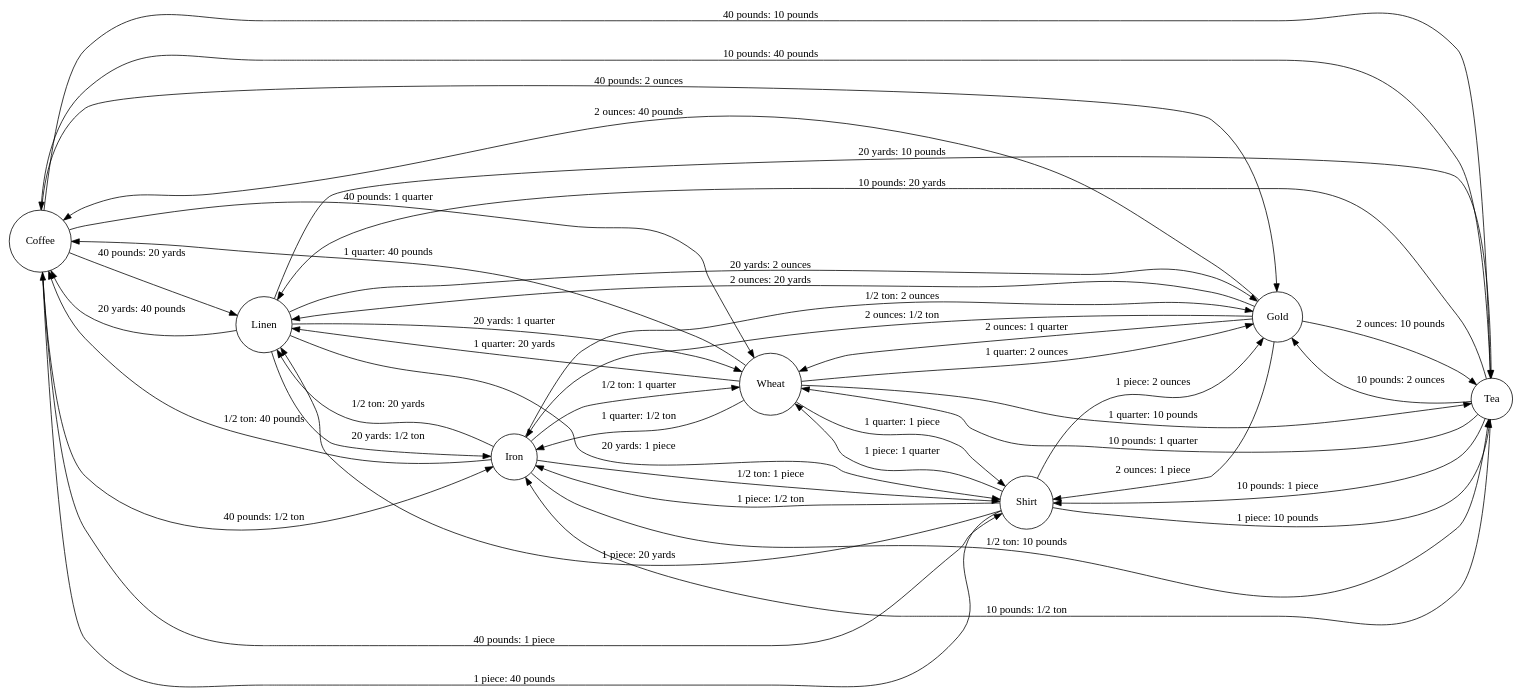
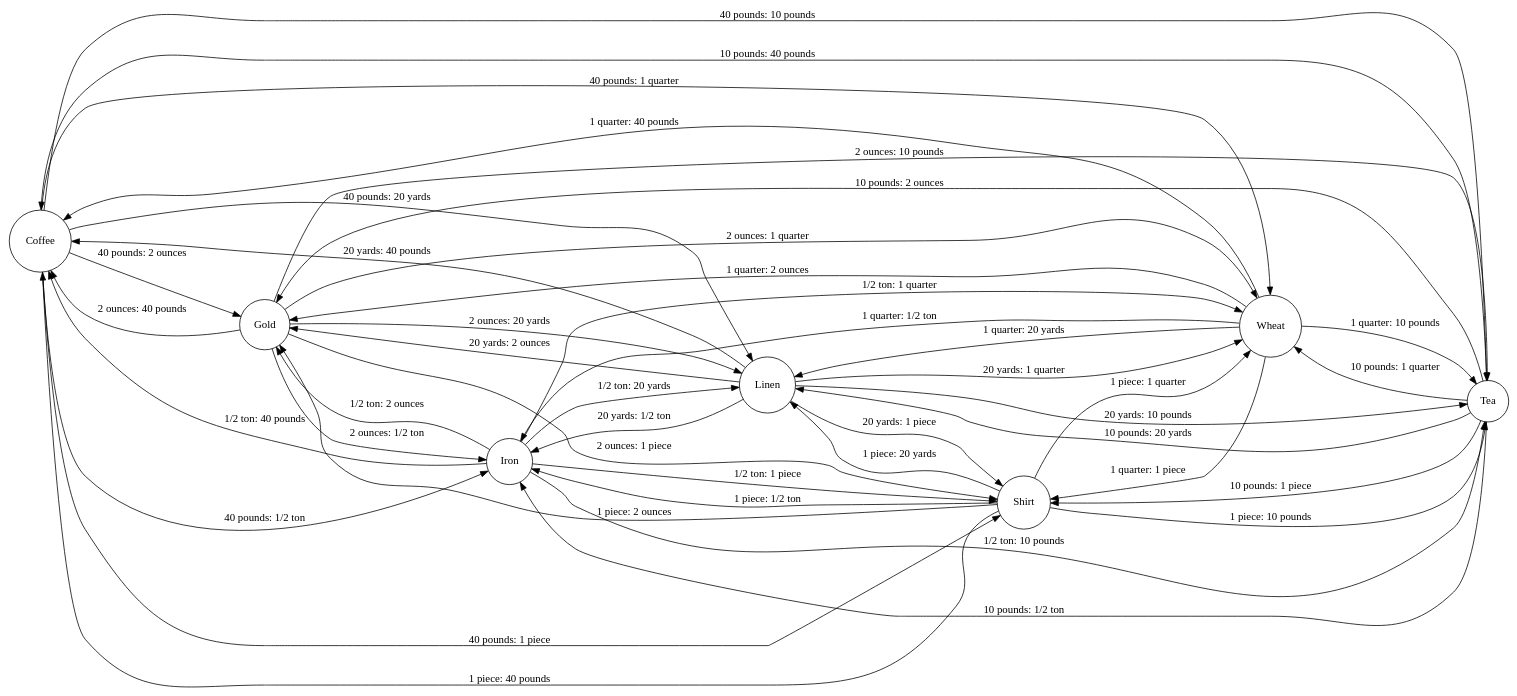
One commit to Wangsutan/Kapital changed the diagram in 资本的生产过程/价值形式理论/价值形式/datas_graphs_generated/total.toml_complete.dot. Above: the diagram before and after it, drawn with Graphviz. The commit also changed other lines of this file and 360 other files, not shown here.

```diff
--- a/资本的生产过程/价值形式理论/价值形式/datas_graphs_generated/total.toml_complete.dot
+++ b/资本的生产过程/价值形式理论/价值形式/datas_graphs_generated/total.toml_complete.dot
@@ -1,46 +1,46 @@
 digraph 价值形式理论 {
     rankdir=LR;
     node [shape=circle];
+    "Coffee" -> "Gold" [label="40 pounds: 2 ounces"];
+    "Coffee" -> "Tea" [label="40 pounds: 10 pounds"];
+    "Coffee" -> "Wheat" [label="40 pounds: 1 quarter"];
+    "Coffee" -> "Shirt" [label="40 pounds: 1 piece"];
     "Coffee" -> "Linen" [label="40 pounds: 20 yards"];
-    "Coffee" -> "Tea" [label="40 pounds: 10 pounds"];
-    "Coffee" -> "Gold" [label="40 pounds: 2 ounces"];
-    "Coffee" -> "Shirt" [label="40 pounds: 1 piece"];
-    "Coffee" -> "Wheat" [label="40 pounds: 1 quarter"];
     "Coffee" -> "Iron" [label="40 pounds: 1/2 ton"];
+    "Gold" -> "Coffee" [label="2 ounces: 40 pounds"];
+    "Gold" -> "Tea" [label="2 ounces: 10 pounds"];
+    "Gold" -> "Wheat" [label="2 ounces: 1 quarter"];
+    "Gold" -> "Shirt" [label="2 ounces: 1 piece"];
     "Gold" -> "Linen" [label="2 ounces: 20 yards"];
-    "Gold" -> "Tea" [label="2 ounces: 10 pounds"];
-    "Gold" -> "Shirt" [label="2 ounces: 1 piece"];
-    "Gold" -> "Wheat" [label="2 ounces: 1 quarter"];
     "Gold" -> "Iron" [label="2 ounces: 1/2 ton"];
-    "Gold" -> "Coffee" [label="2 ounces: 40 pounds"];
+    "Iron" -> "Coffee" [label="1/2 ton: 40 pounds"];
+    "Iron" -> "Gold" [label="1/2 ton: 2 ounces"];
+    "Iron" -> "Tea" [label="1/2 ton: 10 pounds"];
+    "Iron" -> "Wheat" [label="1/2 ton: 1 quarter"];
+    "Iron" -> "Shirt" [label="1/2 ton: 1 piece"];
     "Iron" -> "Linen" [label="1/2 ton: 20 yards"];
-    "Iron" -> "Tea" [label="1/2 ton: 10 pounds"];
-    "Iron" -> "Gold" [label="1/2 ton: 2 ounces"];
-    "Iron" -> "Shirt" [label="1/2 ton: 1 piece"];
-    "Iron" -> "Wheat" [label="1/2 ton: 1 quarter"];
-    "Iron" -> "Coffee" [label="1/2 ton: 40 pounds"];
+    "Linen" -> "Coffee" [label="20 yards: 40 pounds"];
+    "Linen" -> "Gold" [label="20 yards: 2 ounces"];
     "Linen" -> "Tea" [label="20 yards: 10 pounds"];
-    "Linen" -> "Gold" [label="20 yards: 2 ounces"];
+    "Linen" -> "Wheat" [label="20 yards: 1 quarter"];
     "Linen" -> "Shirt" [label="20 yards: 1 piece"];
-    "Linen" -> "Wheat" [label="20 yards: 1 quarter"];
     "Linen" -> "Iron" [label="20 yards: 1/2 ton"];
-    "Linen" -> "Coffee" [label="20 yards: 40 pounds"];
+    "Shirt" -> "Coffee" [label="1 piece: 40 pounds"];
+    "Shirt" -> "Gold" [label="1 piece: 2 ounces"];
+    "Shirt" -> "Tea" [label="1 piece: 10 pounds"];
+    "Shirt" -> "Wheat" [label="1 piece: 1 quarter"];
     "Shirt" -> "Linen" [label="1 piece: 20 yards"];
-    "Shirt" -> "Tea" [label="1 piece: 10 pounds"];
-    "Shirt" -> "Gold" [label="1 piece: 2 ounces"];
-    "Shirt" -> "Wheat" [label="1 piece: 1 quarter"];
     "Shirt" -> "Iron" [label="1 piece: 1/2 ton"];
-    "Shirt" -> "Coffee" [label="1 piece: 40 pounds"];
+    "Tea" -> "Coffee" [label="10 pounds: 40 pounds"];
+    "Tea" -> "Gold" [label="10 pounds: 2 ounces"];
+    "Tea" -> "Wheat" [label="10 pounds: 1 quarter"];
+    "Tea" -> "Shirt" [label="10 pounds: 1 piece"];
     "Tea" -> "Linen" [label="10 pounds: 20 yards"];
-    "Tea" -> "Gold" [label="10 pounds: 2 ounces"];
-    "Tea" -> "Shirt" [label="10 pounds: 1 piece"];
-    "Tea" -> "Wheat" [label="10 pounds: 1 quarter"];
     "Tea" -> "Iron" [label="10 pounds: 1/2 ton"];
-    "Tea" -> "Coffee" [label="10 pounds: 40 pounds"];
+    "Wheat" -> "Coffee" [label="1 quarter: 40 pounds"];
+    "Wheat" -> "Gold" [label="1 quarter: 2 ounces"];
+    "Wheat" -> "Tea" [label="1 quarter: 10 pounds"];
+    "Wheat" -> "Shirt" [label="1 quarter: 1 piece"];
     "Wheat" -> "Linen" [label="1 quarter: 20 yards"];
-    "Wheat" -> "Tea" [label="1 quarter: 10 pounds"];
-    "Wheat" -> "Gold" [label="1 quarter: 2 ounces"];
-    "Wheat" -> "Shirt" [label="1 quarter: 1 piece"];
     "Wheat" -> "Iron" [label="1 quarter: 1/2 ton"];
-    "Wheat" -> "Coffee" [label="1 quarter: 40 pounds"];
 }
```
